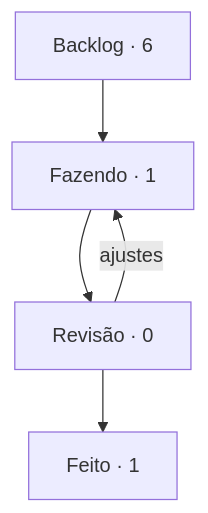
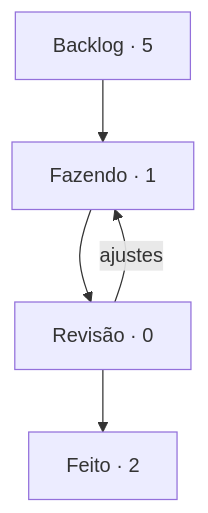
The diagram in boards/geral/BOARD.md (StudioVibi/VibiKanban), drawn with Mermaid before and after one commit. The commit also changed other lines of this file and 2 other files, not shown here.

````diff
--- a/boards/geral/BOARD.md
+++ b/boards/geral/BOARD.md
@@ -5,10 +5,10 @@
 ```mermaid
 flowchart TD
-  backlog["Backlog · 6"] --> doing["Fazendo · 1"]
+  backlog["Backlog · 5"] --> doing["Fazendo · 1"]
   doing --> review["Revisão · 0"]
-  review --> done["Feito · 1"]
+  review --> done["Feito · 2"]
   review -->|ajustes| doing
   doing:::blue
   review:::yellow
   done:::green
 ```
````
